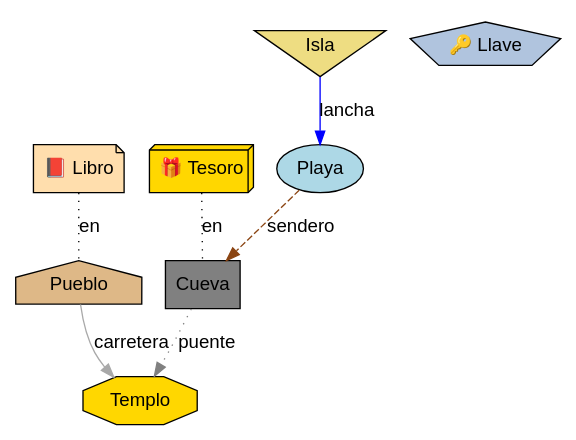
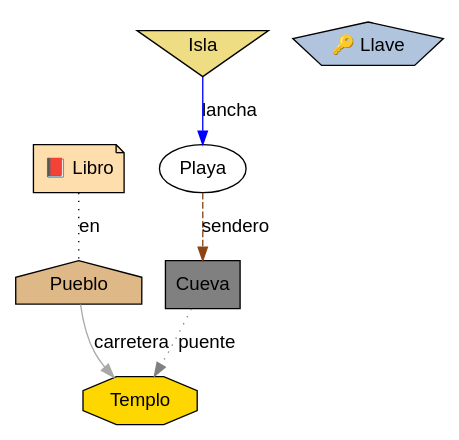
One commit to JoseArt777/-LFP-202100305- changed the diagram in Proyecto2/Proyecto 2V2/Main/temp_Isla_del_Místico.dot. Above: the diagram before and after it, drawn with Graphviz. The commit also changed 4 other files, not shown here.

```diff
--- a/Proyecto2/Proyecto 2V2/Main/temp_Isla_del_Místico.dot
+++ b/Proyecto2/Proyecto 2V2/Main/temp_Isla_del_Místico.dot
@@ -1,28 +1,26 @@
 digraph "Isla del Místico" {
   // Configuración general
   graph [fontname="Arial", rankdir=TB, overlap=false, splines=true];
   node [fontname="Arial", style=filled];
   edge [fontname="Arial"];
 
   // Lugares
-  "Playa" [shape=ellipse, fillcolor="lightblue", label="Playa", pos="0,0!"];
+  "Playa" [shape=ellipse, fillcolor="white", label="Playa", pos="0,0!"];
   "Cueva" [shape=box, fillcolor="gray", label="Cueva", pos="2,1!"];
   "Templo" [shape=octagon, fillcolor="gold", label="Templo", pos="3,3!"];
   "Isla" [shape=invtriangle, fillcolor="lightgoldenrod", label="Isla", pos="1,2!"];
   "Pueblo" [shape=house, fillcolor="burlywood", label="Pueblo", pos="4,1!"];
 
   // Objetos en coordenadas específicas
   "obj_Llave" [shape=pentagon, fillcolor="lightsteelblue", label="🔑 Llave", pos="3,2!"];
 
   // Objetos en lugares
-  "obj_Tesoro" [shape=box3d, fillcolor="gold", label="🎁 Tesoro"];
-  "obj_Tesoro" -> "Cueva" [label="en", dir=none, style=dotted];
   "obj_Libro" [shape=note, fillcolor="navajowhite", label="📕 Libro"];
   "obj_Libro" -> "Pueblo" [label="en", dir=none, style=dotted];
 
   // Conexiones entre lugares
   "Playa" -> "Cueva" [label="sendero", color="saddlebrown", style=dashed];
   "Cueva" -> "Templo" [label="puente", color="gray", style=dotted];
   "Isla" -> "Playa" [label="lancha", color="blue", style=solid];
   "Pueblo" -> "Templo" [label="carretera", color="darkgray", style=solid];
 }
```
